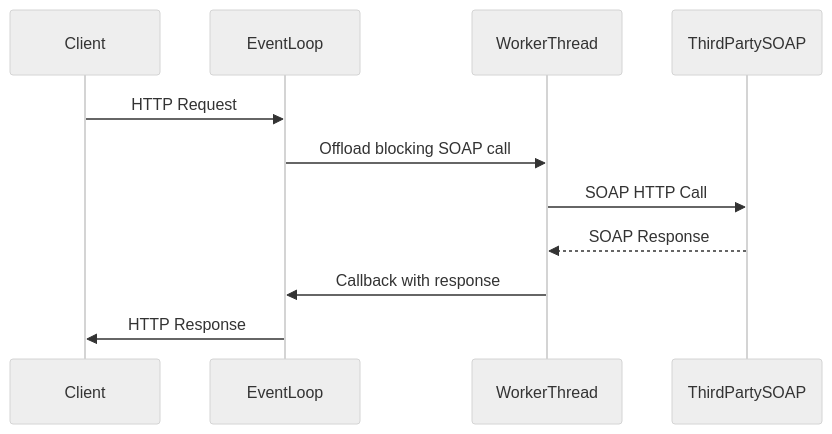
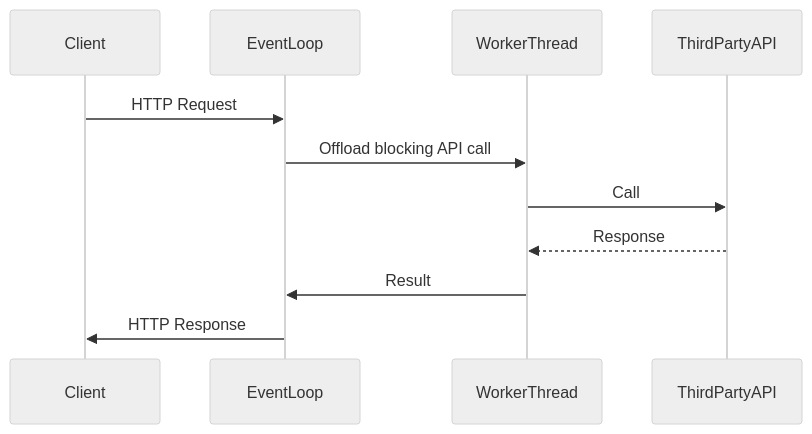
Before and after one commit to sonuprajapati15/Web-frameworks: the fifth of 7 diagrams in README.md, drawn with Mermaid (neutral theme). The commit also changed other lines of this file, not shown here.

````diff
--- a/README.md
+++ b/README.md
@@ -440,14 +316,14 @@
 ```mermaid
 sequenceDiagram
     participant Client
     participant EventLoop
     participant WorkerThread
-    participant ThirdPartySOAP
+    participant ThirdPartyAPI
 
     Client->>EventLoop: HTTP Request
-    EventLoop->>WorkerThread: Offload blocking SOAP call
-    WorkerThread->>ThirdPartySOAP: SOAP HTTP Call
-    ThirdPartySOAP-->>WorkerThread: SOAP Response
-    WorkerThread->>EventLoop: Callback with response
+    EventLoop->>WorkerThread: Offload blocking API call
+    WorkerThread->>ThirdPartyAPI: Call
+    ThirdPartyAPI-->>WorkerThread: Response
+    WorkerThread->>EventLoop: Result
     EventLoop->>Client: HTTP Response
 ```
````
